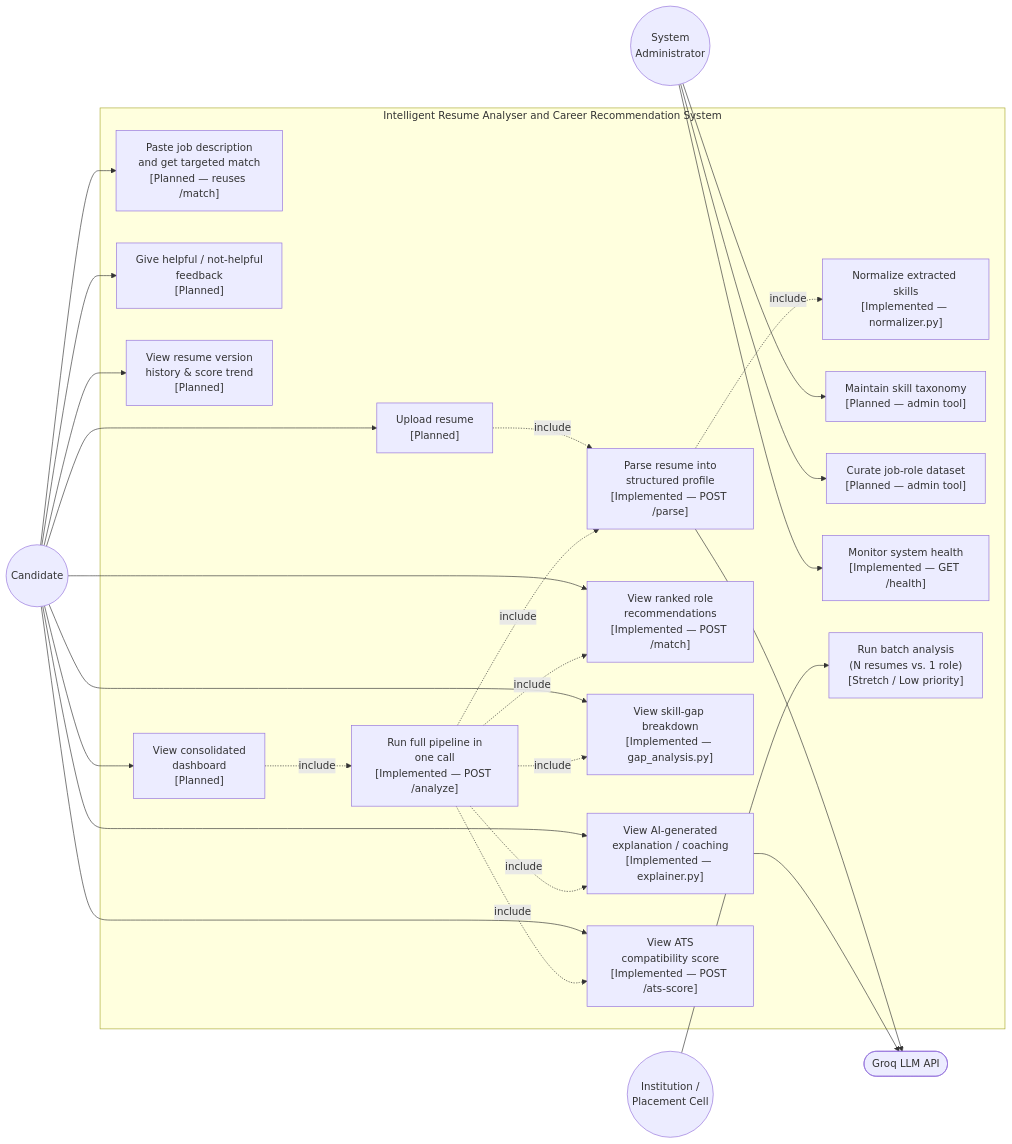
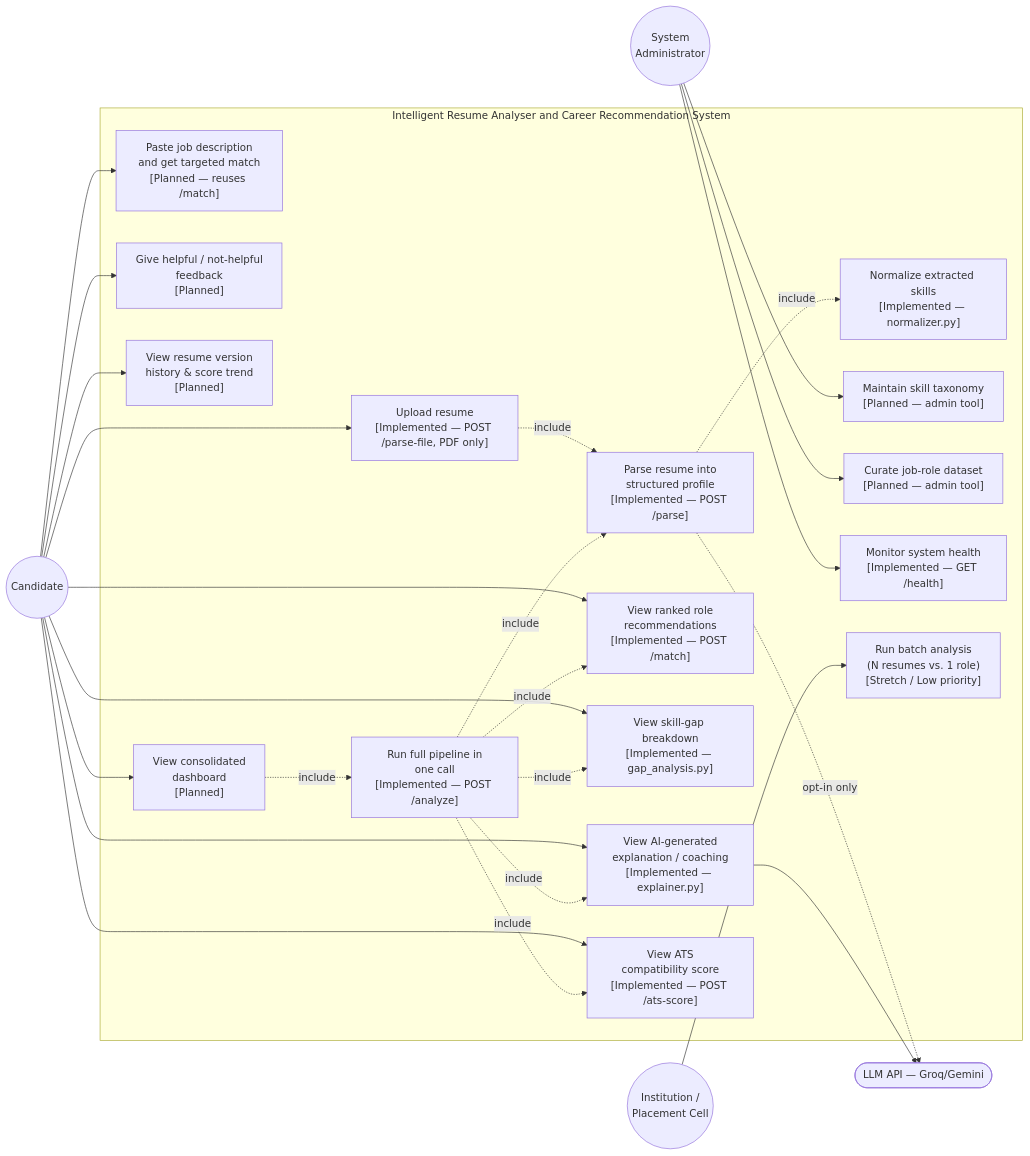
The diagram in docs/use-case-diagram.md (biswas2200/Smart-Resume-Analyzer-and-Job-Recommendation-System), drawn with Mermaid before and after one commit. The commit also changed other lines of this file and 96 other files, not shown here.

````diff
--- a/docs/use-case-diagram.md
+++ b/docs/use-case-diagram.md
@@ -16,54 +16,54 @@
 ```mermaid
 flowchart LR
     Candidate((Candidate))
     Admin((System<br/>Administrator))
     Institution((Institution /<br/>Placement Cell))
-    LLM([Groq LLM API])
+    LLM([LLM API — Groq/Gemini])
 
     subgraph SYS["Intelligent Resume Analyser and Career Recommendation System"]
-        UC1["Upload resume\n[Planned]"]
+        UC1["Upload resume\n[Implemented — POST /parse-file, PDF only]"]
         UC2["Parse resume into\nstructured profile\n[Implemented — POST /parse]"]
         UC3["Normalize extracted skills\n[Implemented — normalizer.py]"]
         UC4["View ranked role\nrecommendations\n[Implemented — POST /match]"]
         UC5["View skill-gap breakdown\n[Implemented — gap_analysis.py]"]
         UC6["View AI-generated\nexplanation / coaching\n[Implemented — explainer.py]"]
         UC7["Paste job description\nand get targeted match\n[Planned — reuses /match]"]
         UC8["View ATS\ncompatibility score\n[Implemented — POST /ats-score]"]
         UC9["Give helpful / not-helpful\nfeedback\n[Planned]"]
         UC10["View resume version\nhistory & score trend\n[Planned]"]
         UC11["View consolidated\ndashboard\n[Planned]"]
         UC12["Run full pipeline in\none call\n[Implemented — POST /analyze]"]
         UC13["Maintain skill taxonomy\n[Planned — admin tool]"]
         UC14["Curate job-role dataset\n[Planned — admin tool]"]
         UC15["Monitor system health\n[Implemented — GET /health]"]
         UC16["Run batch analysis\n(N resumes vs. 1 role)\n[Stretch / Low priority]"]
     end
 
     Candidate --> UC1
     Candidate --> UC4
     Candidate --> UC5
     Candidate --> UC6
     Candidate --> UC7
     Candidate --> UC8
     Candidate --> UC9
     Candidate --> UC10
     Candidate --> UC11
 
     UC1 -.include.-> UC2
     UC2 -.include.-> UC3
     UC12 -.include.-> UC2
     UC12 -.include.-> UC8
     UC12 -.include.-> UC4
     UC12 -.include.-> UC5
     UC12 -.include.-> UC6
     UC11 -.include.-> UC12
 
-    UC2 --> LLM
+    UC2 -.->|opt-in only| LLM
     UC6 --> LLM
 
     Admin --> UC13
     Admin --> UC14
     Admin --> UC15
 
     Institution --> UC16
 ```
````
